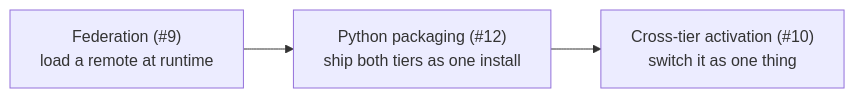
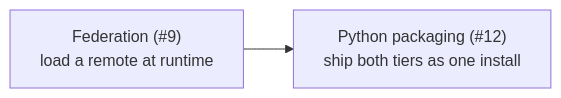
The diagram in docs/docs/roadmap/index.md (datalayer/reactor), drawn with Mermaid before and after one commit. The commit also changed other lines of this file and 112 other files, not shown here.

````diff
--- a/docs/docs/roadmap/index.md
+++ b/docs/docs/roadmap/index.md
@@ -26,5 +30,4 @@
 ```mermaid
 flowchart LR
   federation["Federation (#9)\nload a remote at runtime"] --> packaging["Python packaging (#12)\nship both tiers as one install"]
-  packaging --> activation["Cross-tier activation (#10)\nswitch it as one thing"]
 ```
````
